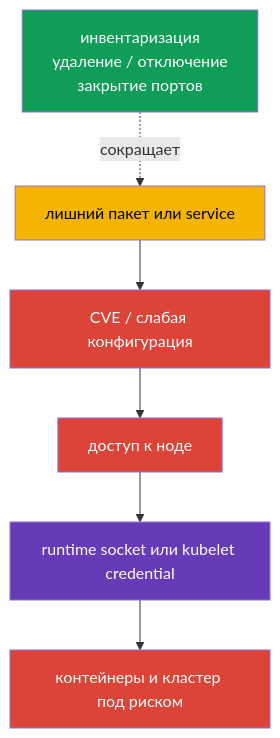
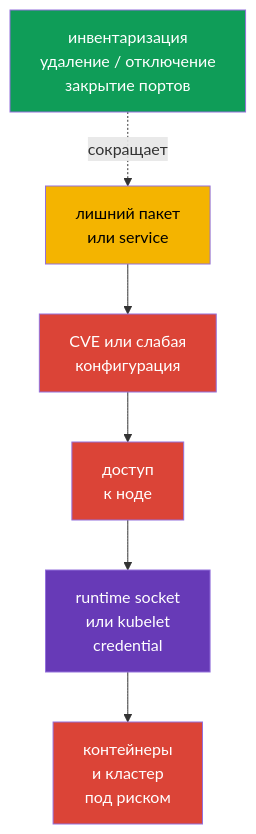
One commit to ViktorUJ/cks changed the first of 2 diagrams in tasks/cks/course/14/ru.md. Above: the diagram before and after it, drawn with Mermaid. The commit also changed other lines of this file and 7 other files, not shown here.

````diff
--- a/tasks/cks/course/14/ru.md
+++ b/tasks/cks/course/14/ru.md
@@ -35,14 +35,14 @@
 ```mermaid
 flowchart TB
-    pkg["лишний пакет или service"] --> vuln["CVE / слабая конфигурация"]
-    vuln --> access["доступ к ноде"]
-    access --> runtime["runtime socket или kubelet credential"]
-    runtime --> cluster["контейнеры и кластер под риском"]
-    harden["инвентаризация<br/>удаление / отключение<br/>закрытие портов"] -. "сокращает" .-> pkg
+    pkg["лишний пакет<br/>или service"] --> vuln["CVE или слабая<br/>конфигурация"]
+    vuln --> access["доступ<br/>к ноде"]
+    access --> runtime["runtime socket<br/>или kubelet<br/>credential"]
+    runtime --> cluster["контейнеры<br/>и кластер<br/>под риском"]
+    harden["инвентаризация<br/>удаление / отключение<br/>закрытие портов"] -.->|"сокращает"| pkg
     style pkg fill:#f4b400,color:#000
     style vuln fill:#db4437,color:#fff
     style access fill:#db4437,color:#fff
     style runtime fill:#673ab7,color:#fff
     style cluster fill:#db4437,color:#fff
     style harden fill:#0f9d58,color:#fff
 ```
````
